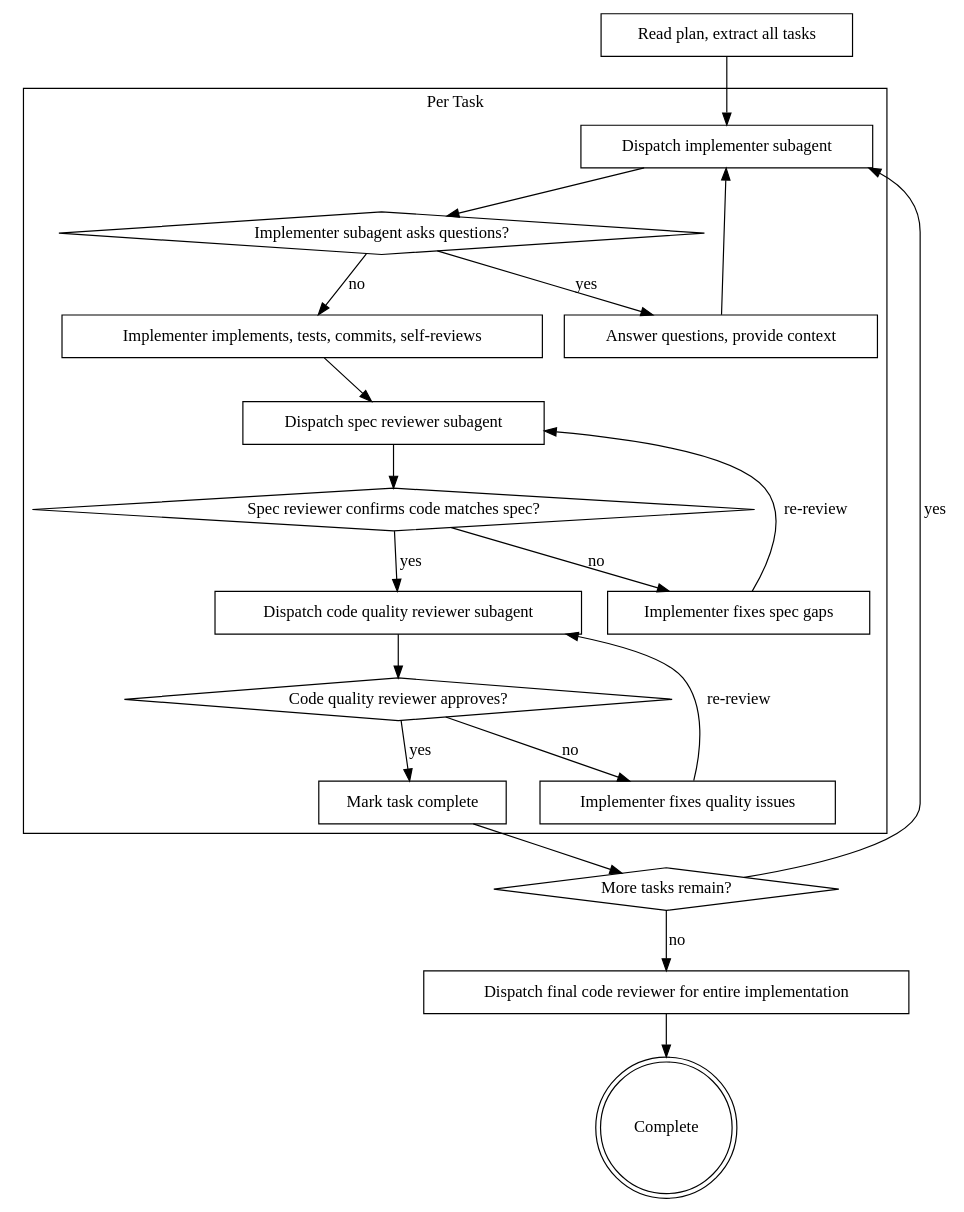
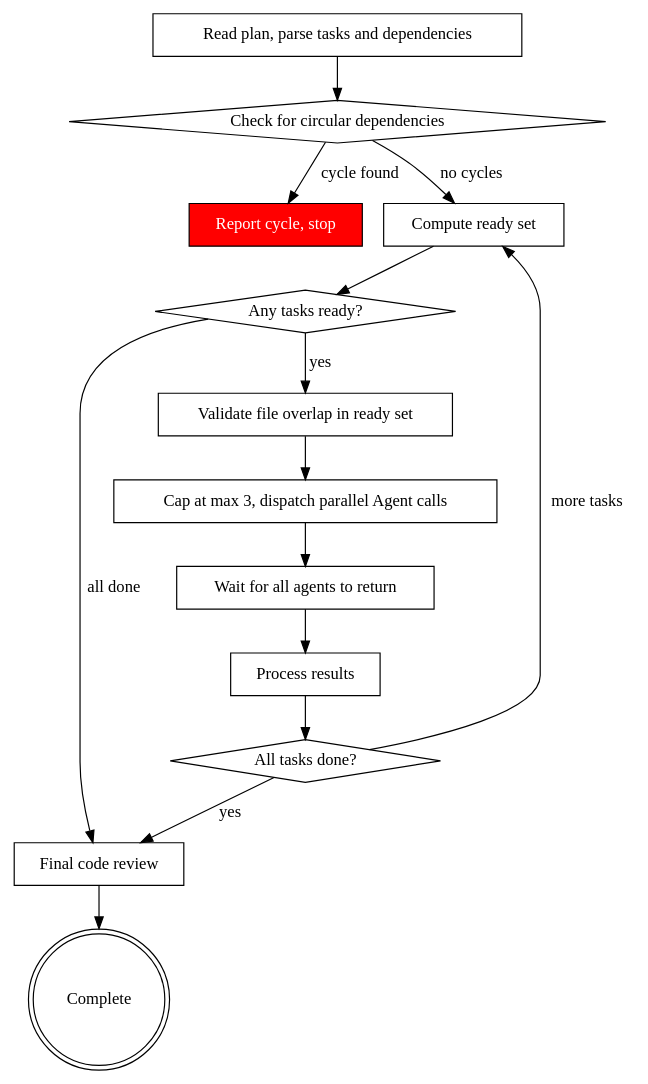
The diagram in skills/subagent-driven-development/SKILL.md (iclinic/afyapowers), drawn with Graphviz before and after one commit. The commit also changed other lines of this file, not shown here.

Commit message:
feat: add wave execution algorithm for parallel task dispatch to SDD skill

````diff
--- a/skills/subagent-driven-development/SKILL.md
+++ b/skills/subagent-driven-development/SKILL.md
@@ -14,44 +14,32 @@
 ```dot
 digraph process {
     rankdir=TB;
 
-    subgraph cluster_per_task {
-        label="Per Task";
-        "Dispatch implementer subagent" [shape=box];
-        "Implementer subagent asks questions?" [shape=diamond];
-        "Answer questions, provide context" [shape=box];
-        "Implementer implements, tests, commits, self-reviews" [shape=box];
-        "Dispatch spec reviewer subagent" [shape=box];
-        "Spec reviewer confirms code matches spec?" [shape=diamond];
-        "Implementer fixes spec gaps" [shape=box];
-        "Dispatch code quality reviewer subagent" [shape=box];
-        "Code quality reviewer approves?" [shape=diamond];
-        "Implementer fixes quality issues" [shape=box];
-        "Mark task complete" [shape=box];
-    }
-
-    "Read plan, extract all tasks" [shape=box];
-    "More tasks remain?" [shape=diamond];
-    "Dispatch final code reviewer for entire implementation" [shape=box];
+    "Read plan, parse tasks and dependencies" [shape=box];
+    "Check for circular dependencies" [shape=diamond];
+    "Report cycle, stop" [shape=box, style=filled, fillcolor=red, fontcolor=white];
+    "Compute ready set" [shape=box];
+    "Any tasks ready?" [shape=diamond];
+    "Validate file overlap in ready set" [shape=box];
+    "Cap at max 3, dispatch parallel Agent calls" [shape=box];
+    "Wait for all agents to return" [shape=box];
+    "Process results" [shape=box];
+    "All tasks done?" [shape=diamond];
+    "Final code review" [shape=box];
     "Complete" [shape=doublecircle];
 
-    "Read plan, extract all tasks" -> "Dispatch implementer subagent";
-    "Dispatch implementer subagent" -> "Implementer subagent asks questions?";
-    "Implementer subagent asks questions?" -> "Answer questions, provide context" [label="yes"];
-    "Answer questions, provide context" -> "Dispatch implementer subagent";
-    "Implementer subagent asks questions?" -> "Implementer implements, tests, commits, self-reviews" [label="no"];
-    "Implementer implements, tests, commits, self-reviews" -> "Dispatch spec reviewer subagent";
-    "Dispatch spec reviewer subagent" -> "Spec reviewer confirms code matches spec?";
-    "Spec reviewer confirms code matches spec?" -> "Implementer fixes spec gaps" [label="no"];
-    "Implementer fixes spec gaps" -> "Dispatch spec reviewer subagent" [label="re-review"];
-    "Spec reviewer confirms code matches spec?" -> "Dispatch code quality reviewer subagent" [label="yes"];
-    "Dispatch code quality reviewer subagent" -> "Code quality reviewer approves?";
-    "Code quality reviewer approves?" -> "Implementer fixes quality issues" [label="no"];
-    "Implementer fixes quality issues" -> "Dispatch code quality reviewer subagent" [label="re-review"];
-    "Code quality reviewer approves?" -> "Mark task complete" [label="yes"];
-    "Mark task complete" -> "More tasks remain?";
-    "More tasks remain?" -> "Dispatch implementer subagent" [label="yes"];
-    "More tasks remain?" -> "Dispatch final code reviewer for entire implementation" [label="no"];
-    "Dispatch final code reviewer for entire implementation" -> "Complete";
+    "Read plan, parse tasks and dependencies" -> "Check for circular dependencies";
+    "Check for circular dependencies" -> "Report cycle, stop" [label="cycle found"];
+    "Check for circular dependencies" -> "Compute ready set" [label="no cycles"];
+    "Compute ready set" -> "Any tasks ready?";
+    "Any tasks ready?" -> "Final code review" [label="all done"];
+    "Any tasks ready?" -> "Validate file overlap in ready set" [label="yes"];
+    "Validate file overlap in ready set" -> "Cap at max 3, dispatch parallel Agent calls";
+    "Cap at max 3, dispatch parallel Agent calls" -> "Wait for all agents to return";
+    "Wait for all agents to return" -> "Process results";
+    "Process results" -> "All tasks done?";
+    "All tasks done?" -> "Compute ready set" [label="more tasks"];
+    "All tasks done?" -> "Final code review" [label="yes"];
+    "Final code review" -> "Complete";
 }
 ```
````
